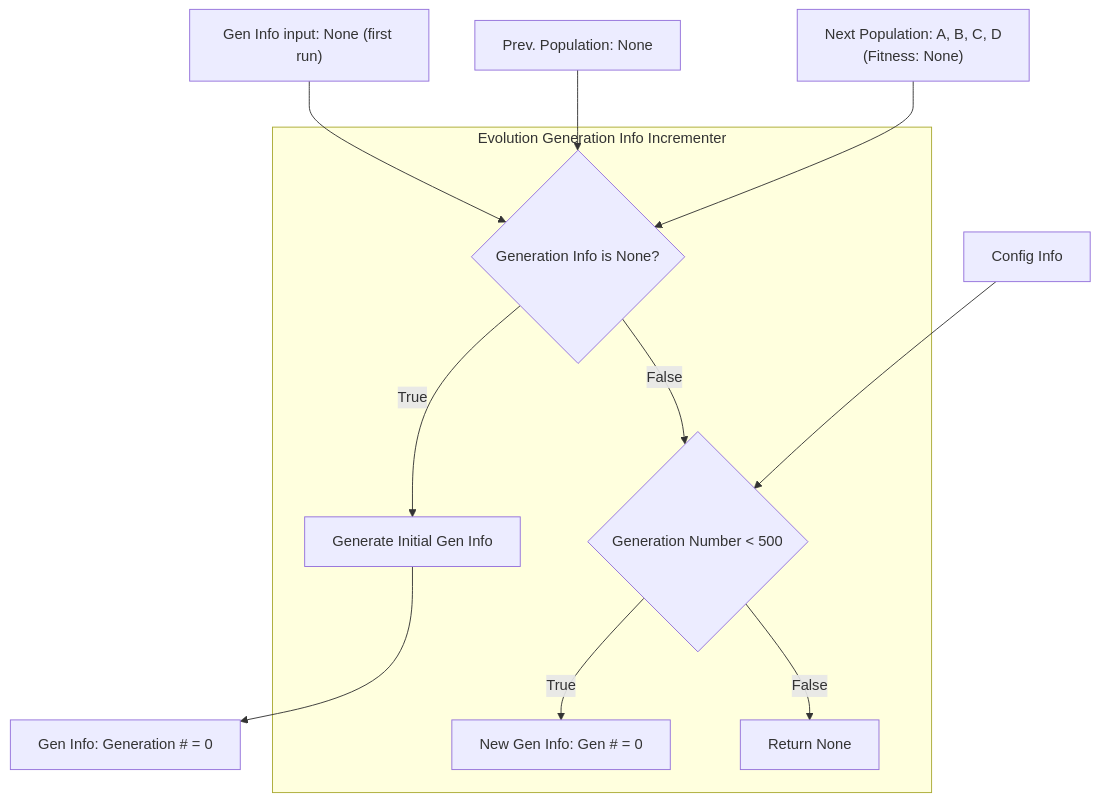
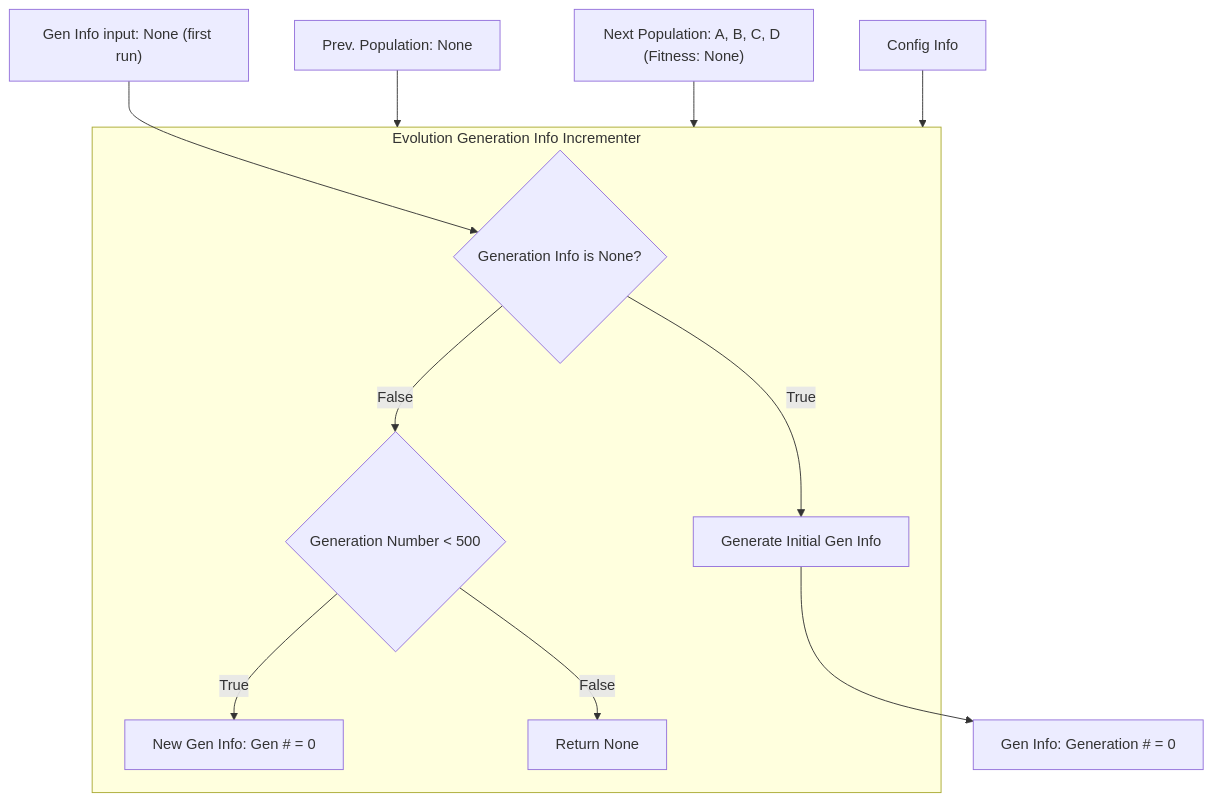
One commit to evolvablehardware/BitstreamEvolution changed diagram 16 of 22 in docs/sphinx/source/architecture/index.rst. Above: the diagram before and after it, drawn with Mermaid. The commit also changed other lines of this file and 28 other files, not shown here.

```diff
--- a/docs/sphinx/source/architecture/index.rst
+++ b/docs/sphinx/source/architecture/index.rst
@@ -394,23 +414,23 @@
 .. mermaid::
 
    flowchart TD
        geninfoin["Gen Info input: None (first run)"]
        prevpop["Prev. Population: None"]
-       nextpop["Next Population: A, B, C, D\n(Fitness: None)"]
+       nextpop["Next Population: A, B, C, D (Fitness: None)"]
        config["Config Info"]
        subgraph Incr["Evolution Generation Info Incrementer"]
            isnone{"Generation Info is None?"}
            initgen["Generate Initial Gen Info"]
            genchk{"Generation Number < 500"}
            isnone -->|"True"| initgen
            isnone -->|"False"| genchk
            increment["New Gen Info: Gen # = 0"]
            retnone["Return None"]
            genchk -->|"True"| increment
            genchk -->|"False"| retnone
        end
        geninfoin --> isnone
-       prevpop --> isnone
-       nextpop --> isnone
-       config --> genchk
+       prevpop --> Incr
+       nextpop --> Incr
+       config --> Incr
        initgen --> out["Gen Info: Generation # = 0"]
```
